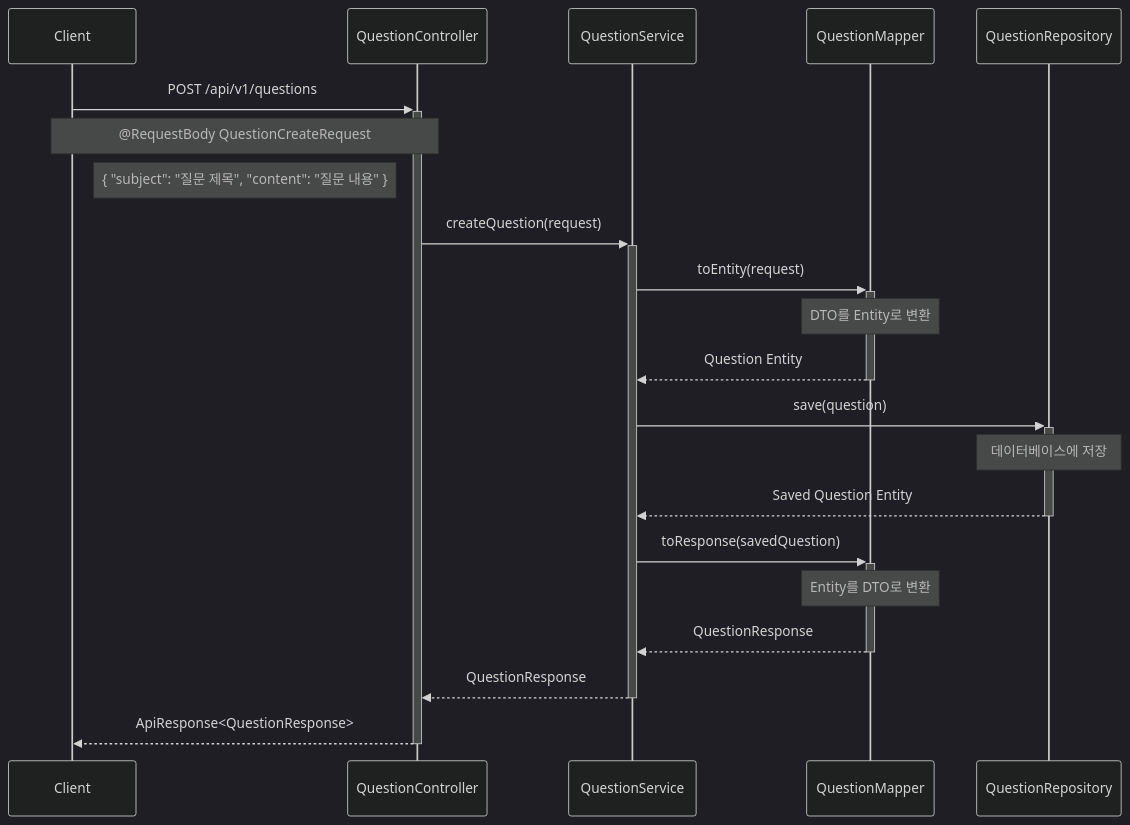
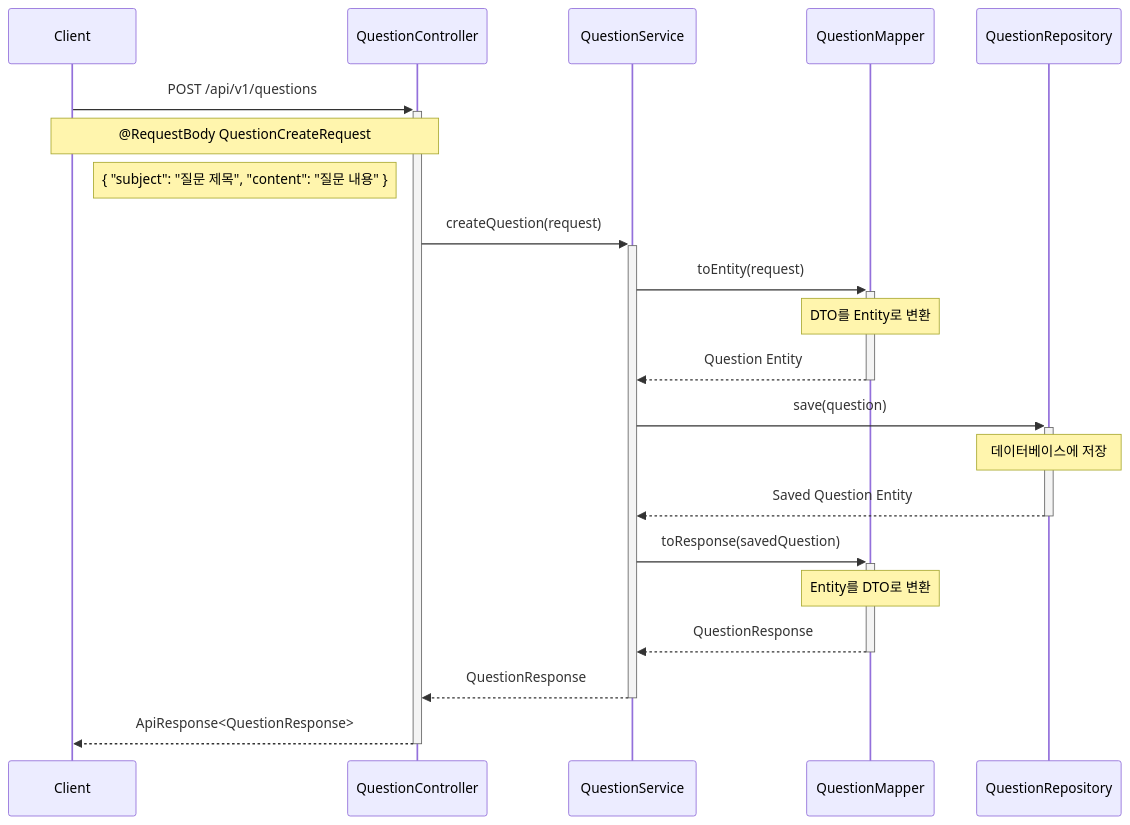
Before and after one commit to yujm08/ezen-mini-backend: the second of 3 diagrams in README.md, drawn with Mermaid. The commit also changed other lines of this file and 2 other files, not shown here.

````diff
--- a/README.md
+++ b/README.md
@@ -111,30 +100,29 @@
 ```mermaid
-%%{init: {'theme': 'dark'}}%%
 sequenceDiagram
     participant C as Client
     participant QC as QuestionController
     participant QS as QuestionService
     participant QM as QuestionMapper
     participant QR as QuestionRepository
 
     C->>+QC: POST /api/v1/questions
     Note over C,QC: @RequestBody QuestionCreateRequest
     Note right of C: { "subject": "질문 제목", "content": "질문 내용" }
 
     QC->>+QS: createQuestion(request)
 
     QS->>+QM: toEntity(request)
     Note over QM: DTO를 Entity로 변환
     QM-->>-QS: Question Entity
 
     QS->>+QR: save(question)
     Note over QR: 데이터베이스에 저장
     QR-->>-QS: Saved Question Entity
 
     QS->>+QM: toResponse(savedQuestion)
     Note over QM: Entity를 DTO로 변환
     QM-->>-QS: QuestionResponse
 
     QS-->>-QC: QuestionResponse
     QC-->>-C: ApiResponse<QuestionResponse>
 ```
````
